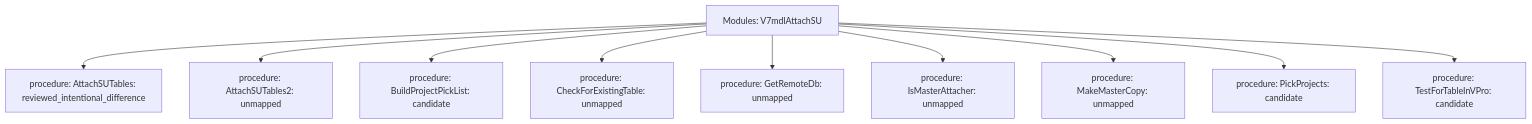
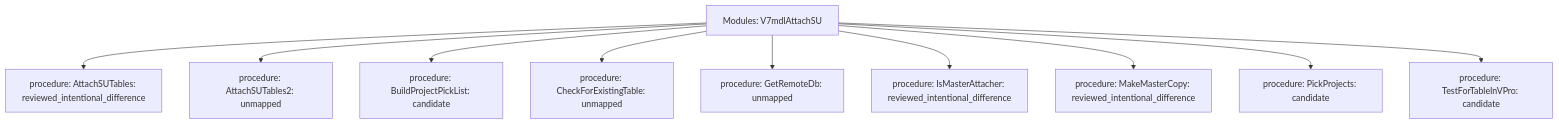
The diagram in data-raw/parity/generated/trees/modules-v7mdlattachsu.mmd (Boostao/vpro), drawn with Mermaid before and after one commit. The commit also changed 108 other files, not shown here.

```diff
--- a/data-raw/parity/generated/trees/modules-v7mdlattachsu.mmd
+++ b/data-raw/parity/generated/trees/modules-v7mdlattachsu.mmd
@@ -1,11 +1,11 @@
 flowchart TD
   root[Modules: V7mdlAttachSU]
   root --> n1[procedure: AttachSUTables: reviewed_intentional_difference]
   root --> n2[procedure: AttachSUTables2: unmapped]
   root --> n3[procedure: BuildProjectPickList: candidate]
   root --> n4[procedure: CheckForExistingTable: unmapped]
   root --> n5[procedure: GetRemoteDb: unmapped]
-  root --> n6[procedure: IsMasterAttacher: unmapped]
-  root --> n7[procedure: MakeMasterCopy: unmapped]
+  root --> n6[procedure: IsMasterAttacher: reviewed_intentional_difference]
+  root --> n7[procedure: MakeMasterCopy: reviewed_intentional_difference]
   root --> n8[procedure: PickProjects: candidate]
   root --> n9[procedure: TestForTableInVPro: candidate]
```
